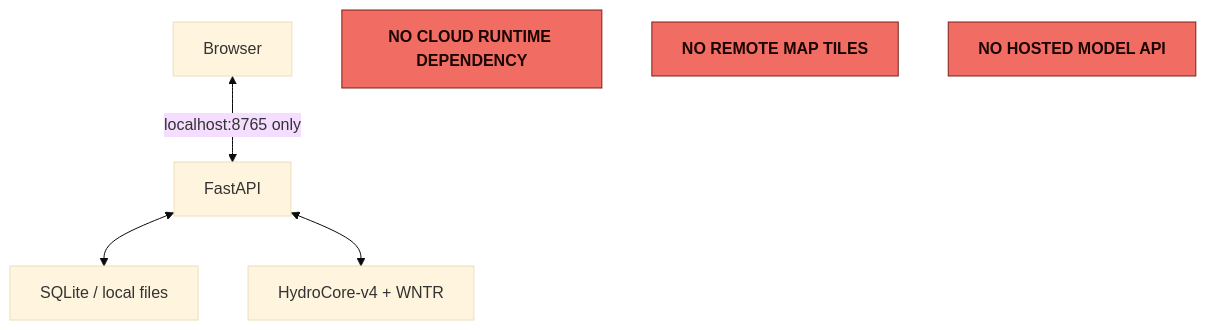
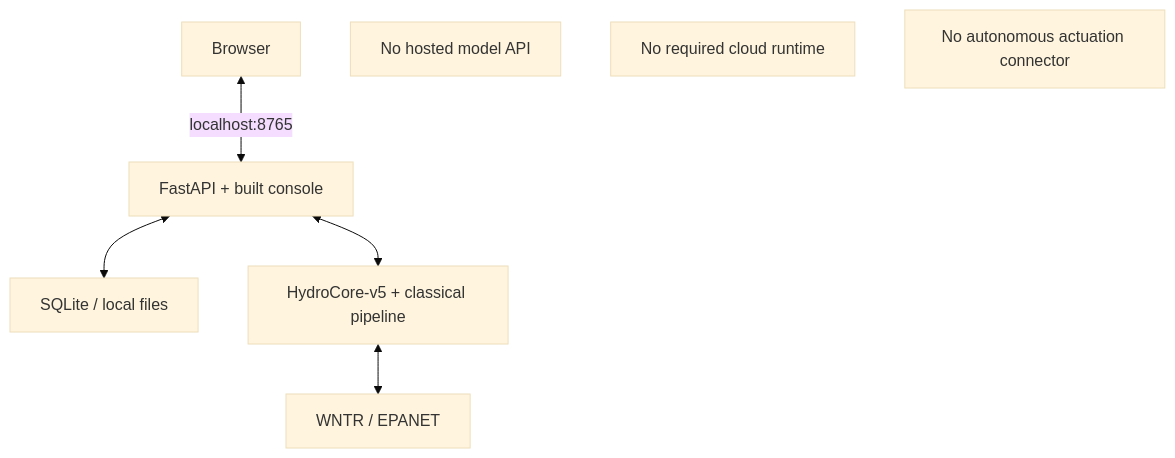
The diagram in docs/INSTALLATION.md (insightlabs38-pixel/HydroSwarm), drawn with Mermaid (base theme) before and after one commit. The commit also changed other lines of this file and 14 other files, not shown here.

````diff
--- a/docs/INSTALLATION.md
+++ b/docs/INSTALLATION.md
@@ -3,13 +7,10 @@
 ```mermaid
 flowchart TD
-  B["Browser"] <-->|"localhost:8765 only"| F["FastAPI"]
-  F <--> S["SQLite / local files"]
-  F <--> H["HydroCore-v4 + WNTR"]
-
-  N1["NO CLOUD RUNTIME DEPENDENCY"]
-  N2["NO REMOTE MAP TILES"]
-  N3["NO HOSTED MODEL API"]
-
-  classDef boundary fill:#f16c62,stroke:#7a221c,color:#1a0503,font-weight:bold;
-  class N1,N2,N3 boundary;
+  B["Browser"] <-->|"localhost:8765"| F["FastAPI + built console"]
+  F <--> D["SQLite / local files"]
+  F <--> V["HydroCore-v5 + classical pipeline"]
+  V <--> W["WNTR / EPANET"]
+  X["No hosted model API"]
+  Y["No required cloud runtime"]
+  Z["No autonomous actuation connector"]
 ```
````
